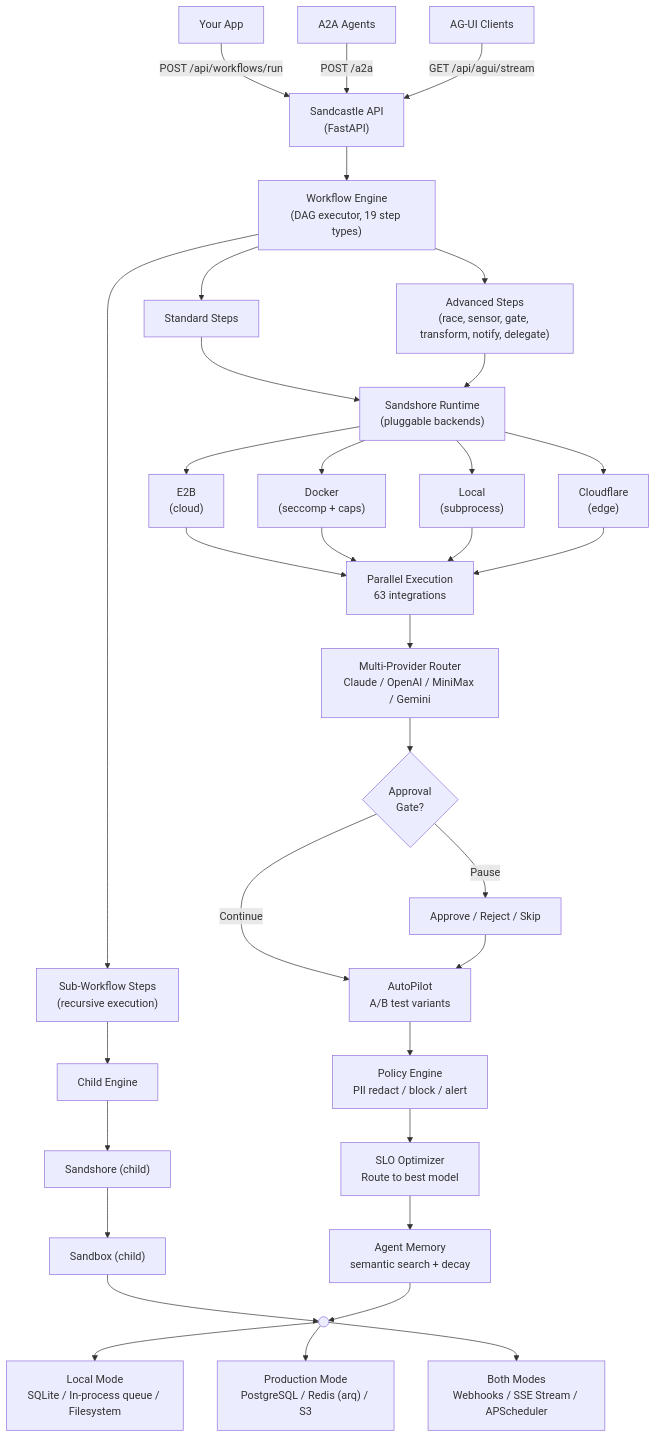
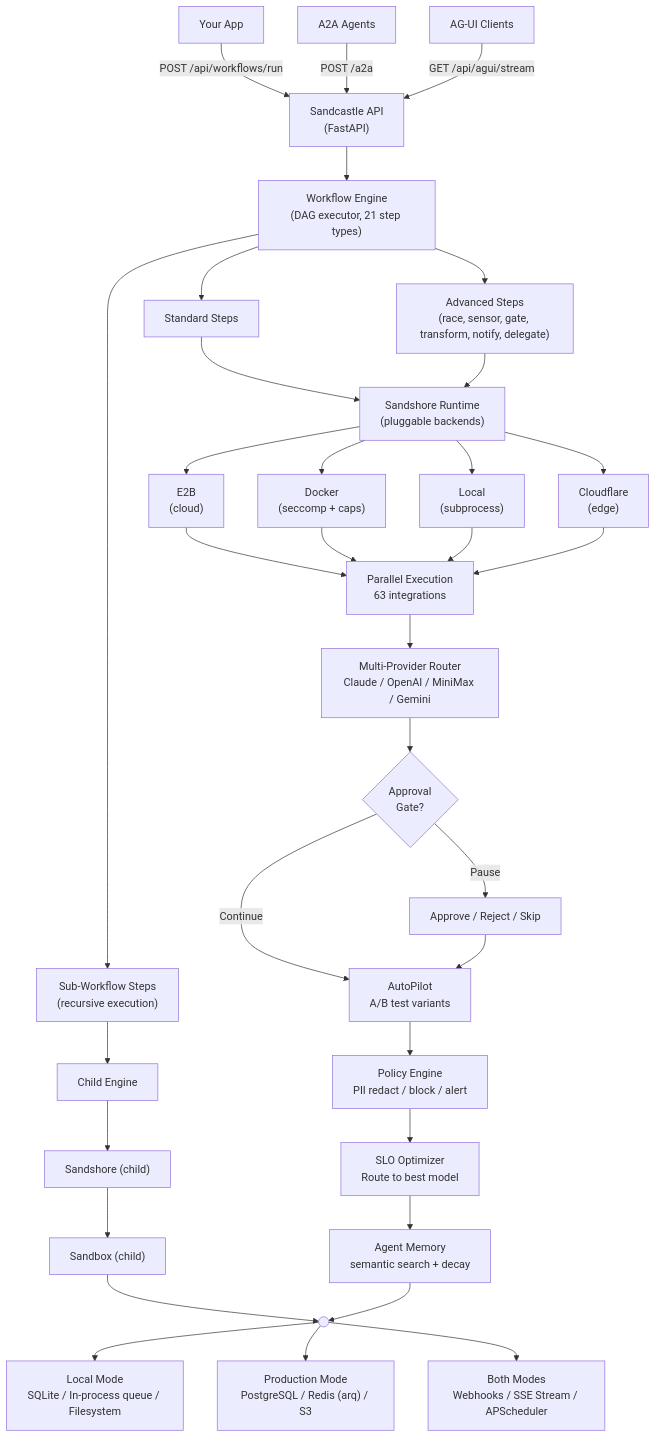
The second of 2 diagrams in README.md (gizmax/Sandcastle), drawn with Mermaid before and after one commit. The commit also changed other lines of this file and 19 other files, not shown here.

````diff
--- a/README.md
+++ b/README.md
@@ -1969,47 +2037,47 @@
 ```mermaid
 flowchart TD
     App["Your App"] -->|"POST /api/workflows/run"| API["Sandcastle API\n(FastAPI)"]
     A2A["A2A Agents"] -->|"POST /a2a"| API
     AGUI["AG-UI Clients"] -->|"GET /api/agui/stream"| API
 
-    API --> Engine["Workflow Engine\n(DAG executor, 19 step types)"]
+    API --> Engine["Workflow Engine\n(DAG executor, 21 step types)"]
 
     Engine --> Standard["Standard Steps"]
     Engine --> Sub["Sub-Workflow Steps\n(recursive execution)"]
     Engine --> Advanced["Advanced Steps\n(race, sensor, gate, transform, notify, delegate)"]
 
     Standard --> Sandshore["Sandshore Runtime\n(pluggable backends)"]
     Sub --> Child["Child Engine"]
     Advanced --> Sandshore
     Child --> SandshoreChild["Sandshore (child)"]
 
     Sandshore --> E2B["E2B\n(cloud)"]
     Sandshore --> Docker["Docker\n(seccomp + caps)"]
     Sandshore --> Local["Local\n(subprocess)"]
     Sandshore --> CF["Cloudflare\n(edge)"]
     SandshoreChild --> E2B2["Sandbox (child)"]
 
     E2B --> Execution
     Docker --> Execution
     Local --> Execution
     CF --> Execution
     E2B2 --> Merge
 
     Execution["Parallel Execution\n63 integrations"] --> Provider["Multi-Provider Router\nClaude / OpenAI / MiniMax / Gemini"]
 
     Provider --> Gate{"Approval\nGate?"}
 
     Gate -->|"Pause"| Review["Approve / Reject / Skip"]
     Gate -->|"Continue"| AutoPilot
 
     Review --> AutoPilot["AutoPilot\nA/B test variants"]
     AutoPilot --> Policy["Policy Engine\nPII redact / block / alert"]
     Policy --> Optimizer["SLO Optimizer\nRoute to best model"]
     Optimizer --> Memory["Agent Memory\nsemantic search + decay"]
 
     Memory --> Merge((" "))
 
     Merge --> LocalMode["Local Mode\nSQLite / In-process queue / Filesystem"]
     Merge --> ProdMode["Production Mode\nPostgreSQL / Redis (arq) / S3"]
     Merge --> BothModes["Both Modes\nWebhooks / SSE Stream / APScheduler"]
 ```
````
